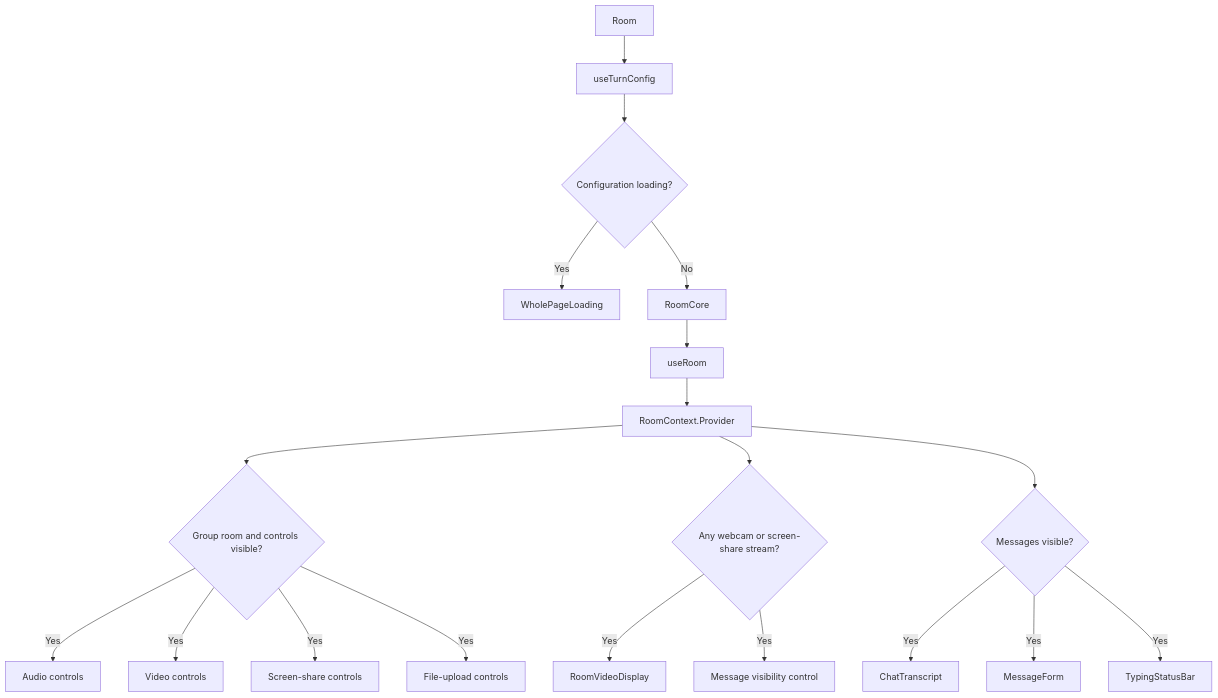
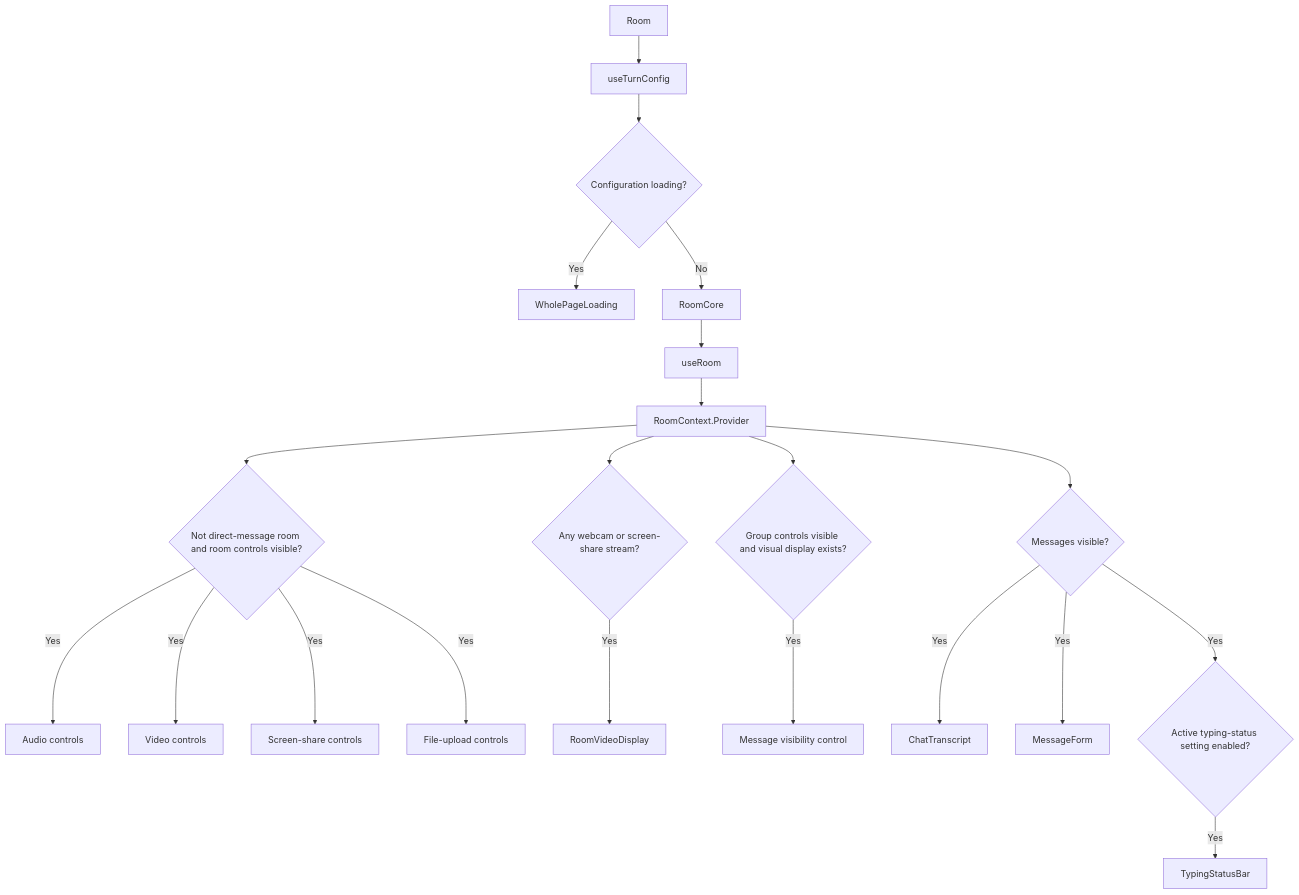
The fourth of 5 diagrams in docs/architecture/ui-architecture.md (drunkod/chitchatter), drawn with Mermaid before and after one commit. The commit also changed other lines of this file and 2 other files, not shown here.

Commit message:
Clarify architecture docs and reproduction steps

````diff
--- a/docs/architecture/ui-architecture.md
+++ b/docs/architecture/ui-architecture.md
@@ -102,23 +110,26 @@
 ```mermaid
 flowchart TD
     Room[Room] --> Turn[useTurnConfig]
     Turn --> Loading{Configuration loading?}
     Loading -- Yes --> Spinner[WholePageLoading]
     Loading -- No --> Core[RoomCore]
     Core --> Hook[useRoom]
     Hook --> Context[RoomContext.Provider]
 
-    Context --> Controls{Group room and controls visible?}
+    Context --> Controls{Not direct-message room and room controls visible?}
     Controls -- Yes --> Audio[Audio controls]
     Controls -- Yes --> Video[Video controls]
     Controls -- Yes --> Screen[Screen-share controls]
     Controls -- Yes --> Files[File-upload controls]
 
     Context --> Media{Any webcam or screen-share stream?}
     Media -- Yes --> Display[RoomVideoDisplay]
-    Media -- Yes --> Toggle[Message visibility control]
+    Context --> ToggleGate{Group controls visible and visual display exists?}
+    ToggleGate -- Yes --> Toggle[Message visibility control]
+
     Context --> Messages{Messages visible?}
     Messages -- Yes --> Transcript[ChatTranscript]
     Messages -- Yes --> Form[MessageForm]
-    Messages -- Yes --> Typing[TypingStatusBar]
+    Messages -- Yes --> TypingSetting{Active typing-status setting enabled?}
+    TypingSetting -- Yes --> Typing[TypingStatusBar]
 ```
````
